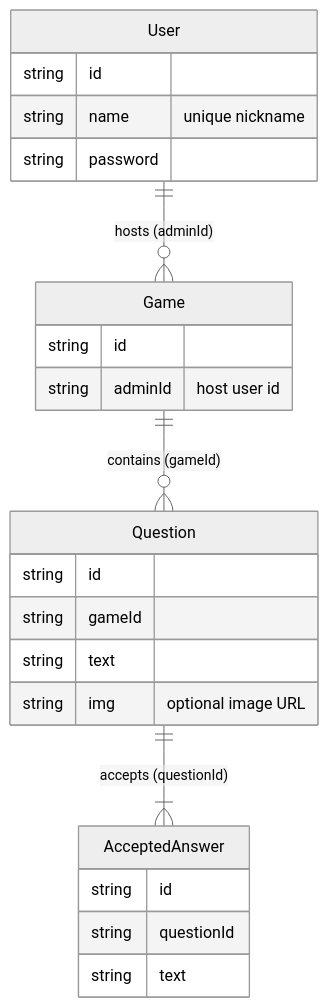
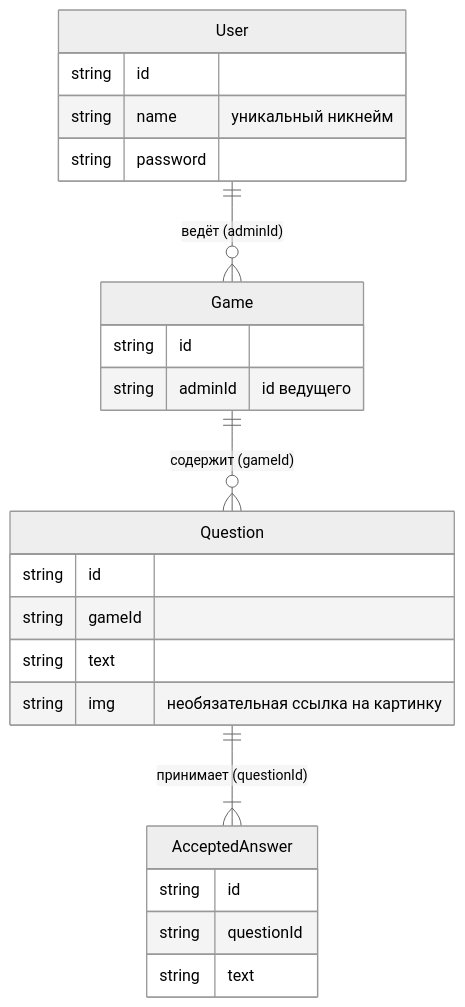
One commit to m5production/clone-kahoot-docs changed the diagram in docs/05-domain-model.md. Above: the diagram before and after it, drawn with Mermaid (neutral theme). The commit also changed other lines of this file and 8 other files, not shown here.

````diff
--- a/docs/05-domain-model.md
+++ b/docs/05-domain-model.md
@@ -7,27 +7,27 @@
 ```mermaid
 erDiagram
-    User ||--o{ Game : "hosts (adminId)"
-    Game ||--o{ Question : "contains (gameId)"
-    Question ||--|{ AcceptedAnswer : "accepts (questionId)"
+    User ||--o{ Game : "ведёт (adminId)"
+    Game ||--o{ Question : "содержит (gameId)"
+    Question ||--|{ AcceptedAnswer : "принимает (questionId)"
 
     User {
         string id
-        string name "unique nickname"
+        string name "уникальный никнейм"
         string password
     }
     Game {
         string id
-        string adminId "host user id"
+        string adminId "id ведущего"
     }
     Question {
         string id
         string gameId
         string text
-        string img "optional image URL"
+        string img "необязательная ссылка на картинку"
     }
     AcceptedAnswer {
         string id
         string questionId
         string text
     }
 ```
````
